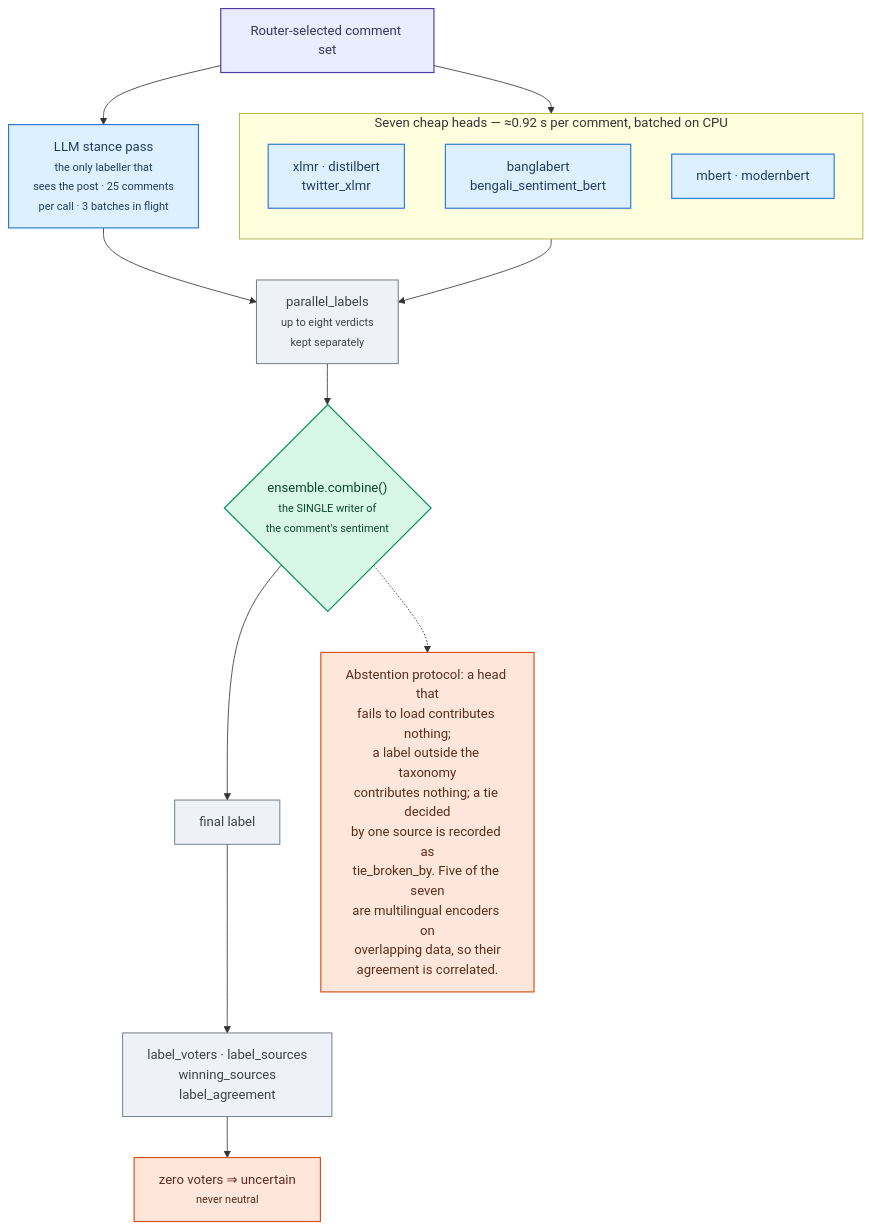
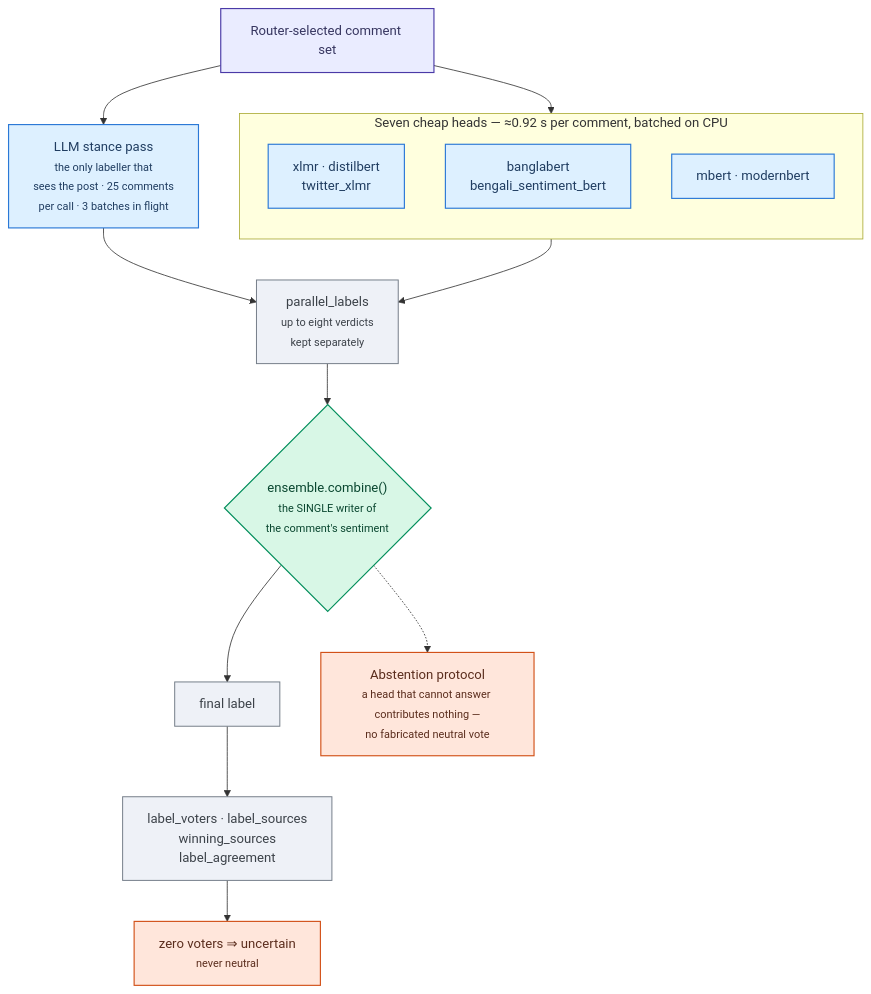
One commit to Bishwajit-2810/Defense changed the diagram in paper/diagrams/fig-ensemble.mmd. Above: the diagram before and after it, drawn with Mermaid. The commit also changed 40 other files, not shown here.

```diff
--- a/paper/diagrams/fig-ensemble.mmd
+++ b/paper/diagrams/fig-ensemble.mmd
@@ -1,43 +1,43 @@
 graph TD
     Sel["Router-selected comment set"]
 
     subgraph cheap["Seven cheap heads — ≈0.92 s per comment, batched on CPU"]
         direction TB
         R1["xlmr · distilbert<br/>twitter_xlmr"]
         R2["banglabert<br/>bengali_sentiment_bert"]
         R3["mbert · modernbert"]
     end
 
     LLM["LLM stance pass<br/><small>the only labeller that<br/>sees the post · 25 comments<br/>per call · 3 batches in flight</small>"]
 
     Sel --> cheap
     Sel --> LLM
 
     PL["parallel_labels<br/><small>up to eight verdicts<br/>kept separately</small>"]
     cheap --> PL
     LLM --> PL
 
     Comb{"ensemble.combine()<br/><small>the SINGLE writer of<br/>the comment's sentiment</small>"}
     PL --> Comb
 
     O1["final label"]
     O2["label_voters · label_sources<br/>winning_sources<br/>label_agreement"]
     O3["zero voters ⇒ uncertain<br/><small>never neutral</small>"]
     Comb --> O1
     O1 --> O2
     O2 --> O3
 
-    Note["Abstention protocol: a head that<br/>fails to load contributes nothing;<br/>a label outside the taxonomy<br/>contributes nothing; a tie decided<br/>by one source is recorded as<br/>tie_broken_by. Five of the seven<br/>are multilingual encoders on<br/>overlapping data, so their<br/>agreement is correlated."]
+    Note["Abstention protocol<br/><small>a head that cannot answer contributes nothing —<br/>no fabricated neutral vote</small>"]
     Comb -.-> Note
 
     class Sel entry
     class R1,R2,R3,LLM svc
     class PL,O1,O2 tool
     class Comb store
     class O3,Note obs
 
     classDef entry fill:#eaecff,stroke:#4a3aa7,stroke-width:1.4px,color:#373660
     classDef svc fill:#ddf0ff,stroke:#2a78d6,stroke-width:1.4px,color:#203d61
     classDef store fill:#d8f7e6,stroke:#008d5a,stroke-width:1.4px,color:#0a4730
     classDef obs fill:#ffe6db,stroke:#d25118,stroke-width:1.4px,color:#5b2d1d
     classDef tool fill:#eef1f7,stroke:#747d88,stroke-width:1.2px,color:#3c4249
```
